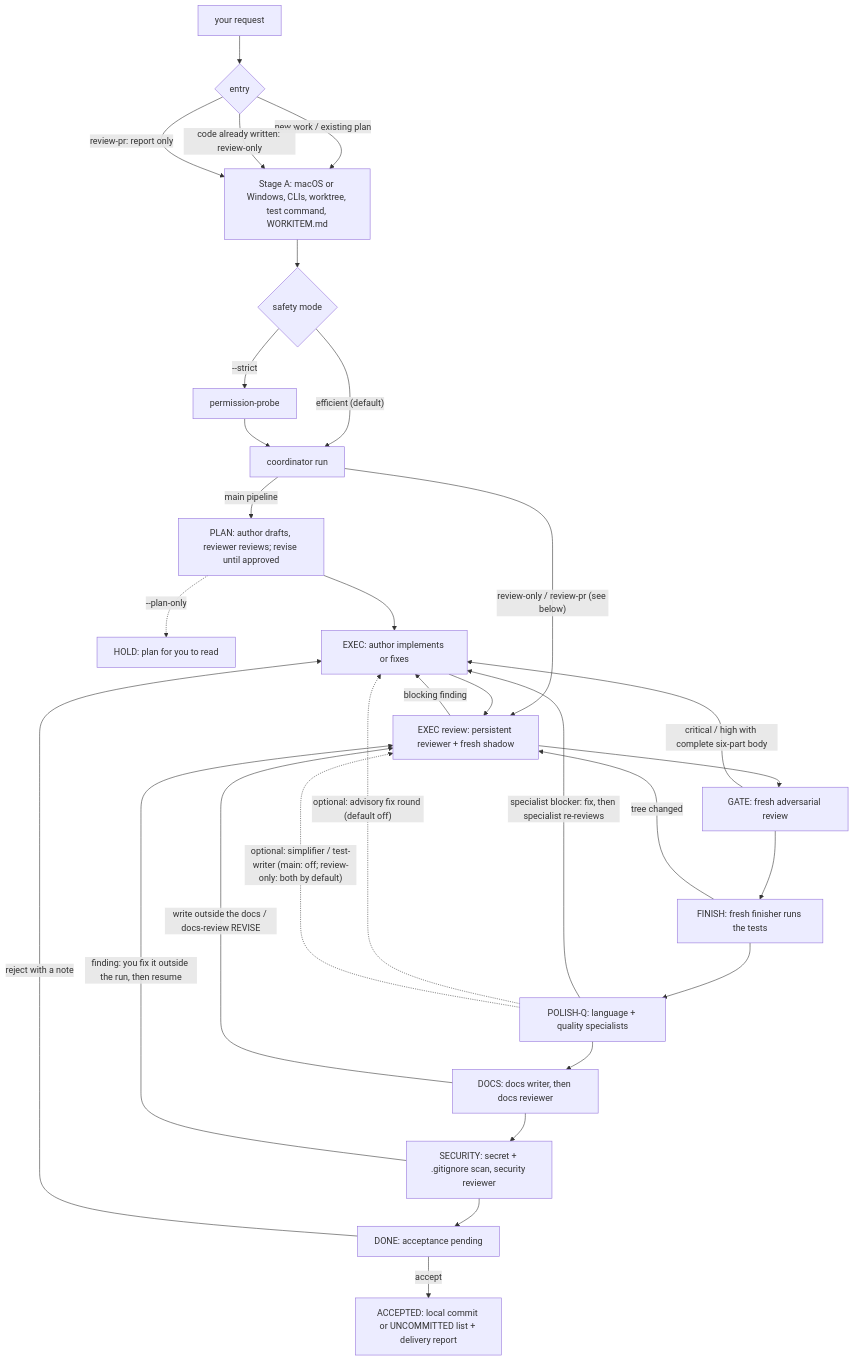
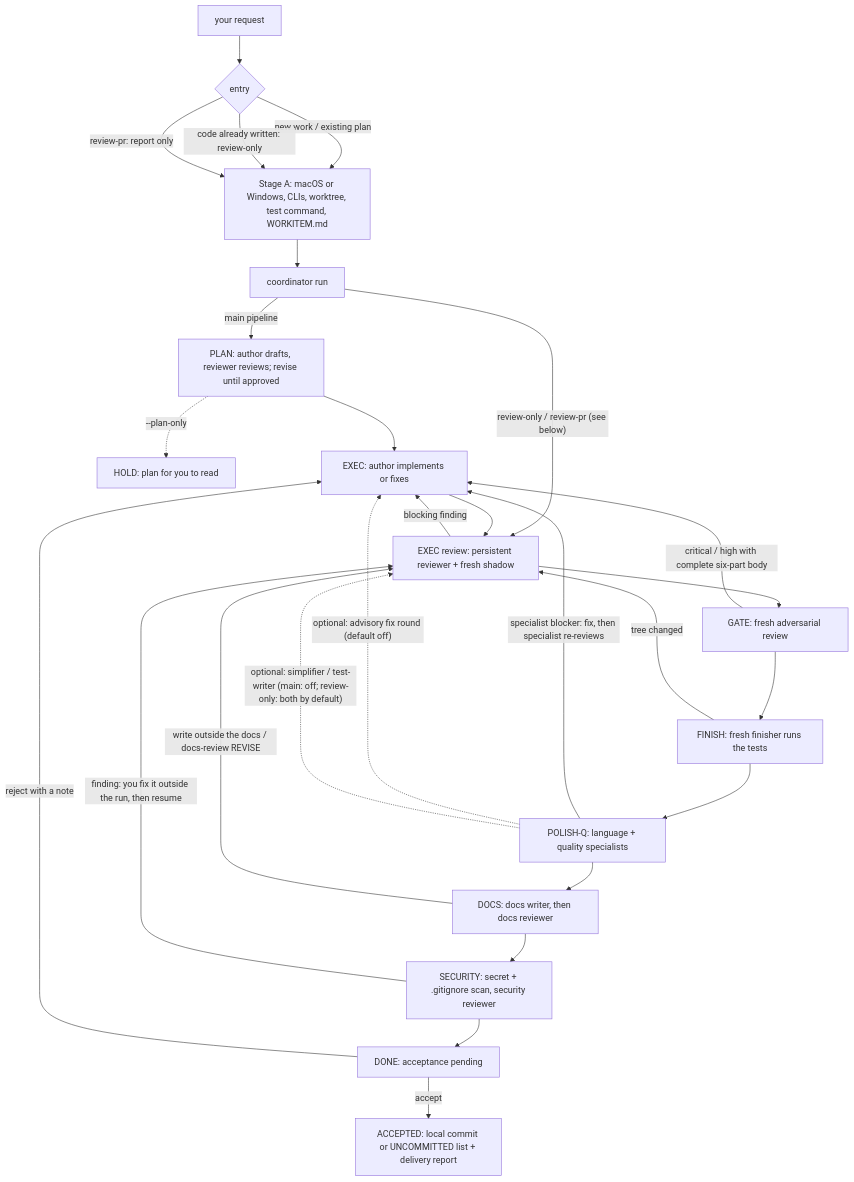
One commit to NYTC69/review-loop changed the diagram in README.md. Above: the diagram before and after it, drawn with Mermaid. The commit also changed other lines of this file and 81 other files, not shown here.

First line of the commit message:
feat(paired-session): remove permission-probe and strict mode (owner 2026-11-08, WI-NOPROBE)

````diff
--- a/README.md
+++ b/README.md
@@ -244,31 +236,29 @@
 ```mermaid
 flowchart TD
   U["your request"] --> E{"entry"}
   E -->|"new work / existing plan"| SA
   E -->|"code already written: review-only"| SA
   E -->|"review-pr: report only"| SA
-  SA["Stage A: macOS or Windows, CLIs, worktree, test command, WORKITEM.md"] --> M{"safety mode"}
-  M -->|"efficient (default)"| RUN["coordinator run"]
-  M -->|"--strict"| PB["permission-probe"] --> RUN
+  SA["Stage A: macOS or Windows, CLIs, worktree, test command, WORKITEM.md"] --> RUN["coordinator run"]
   RUN -->|"main pipeline"| PLAN["PLAN: author drafts, reviewer reviews; revise until approved"]
   RUN -->|"review-only / review-pr (see below)"| REV
   PLAN -.->|"--plan-only"| HP["HOLD: plan for you to read"]
   PLAN --> AUTH["EXEC: author implements or fixes"]
   AUTH --> REV["EXEC review: persistent reviewer + fresh shadow"]
   REV -->|"blocking finding"| AUTH
   REV --> G["GATE: fresh adversarial review"]
   G -->|"critical / high with complete six-part body"| AUTH
   G --> F["FINISH: fresh finisher runs the tests"]
   F -->|"tree changed"| REV
   F --> Q["POLISH-Q: language + quality specialists"]
   Q -->|"specialist blocker: fix, then specialist re-reviews"| AUTH
   Q -.->|"optional: advisory fix round (default off)"| AUTH
   Q -.->|"optional: simplifier / test-writer (main: off; review-only: both by default)"| REV
   Q --> D["DOCS: docs writer, then docs reviewer"]
   D -->|"write outside the docs / docs-review REVISE"| REV
   D --> S["SECURITY: secret + .gitignore scan, security reviewer"]
   S -->|"finding: you fix it outside the run, then resume"| REV
   S --> DONE["DONE: acceptance pending"]
   DONE -->|"accept"| ACC["ACCEPTED: local commit or UNCOMMITTED list + delivery report"]
   DONE -->|"reject with a note"| AUTH
 ```
````
